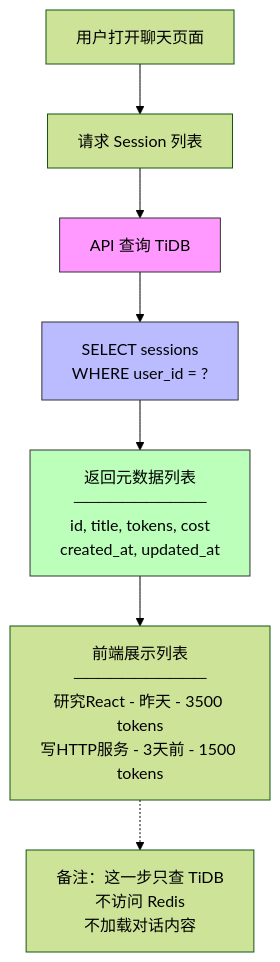
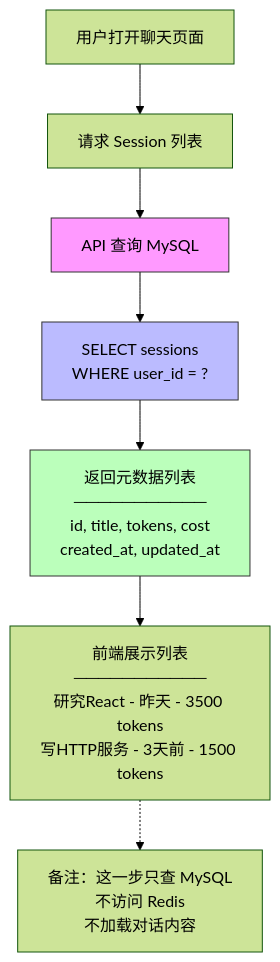
One commit to xiaocaipi/mm-doc changed diagram 13 of 27 in agent/agent_project_design_1.md. Above: the diagram before and after it, drawn with Mermaid (forest theme). The commit also changed other lines of this file and 1 other file, not shown here.

````diff
--- a/agent/agent_project_design_1.md
+++ b/agent/agent_project_design_1.md
@@ -654,16 +686,16 @@
 ```mermaid
 flowchart TD
     A["用户打开聊天页面"] --> B["请求 Session 列表"]
-    B --> C["API 查询 TiDB"]
+    B --> C["API 查询 MySQL"]
     C --> D["SELECT sessions<br/>WHERE user_id = ?"]
     D --> E["返回元数据列表<br/>───────────<br/>id, title, tokens, cost<br/>created_at, updated_at"]
     E --> F["前端展示列表<br/>───────────<br/>研究React - 昨天 - 3500 tokens<br/>写HTTP服务 - 3天前 - 1500 tokens"]
     
     style C fill:#f9f,stroke:#333
     style D fill:#bbf,stroke:#333
     style E fill:#bfb,stroke:#333
     
-    Note1["备注：这一步只查 TiDB<br/>不访问 Redis<br/>不加载对话内容"]
+    Note1["备注：这一步只查 MySQL<br/>不访问 Redis<br/>不加载对话内容"]
     
     F -.-> Note1
 ```
````
